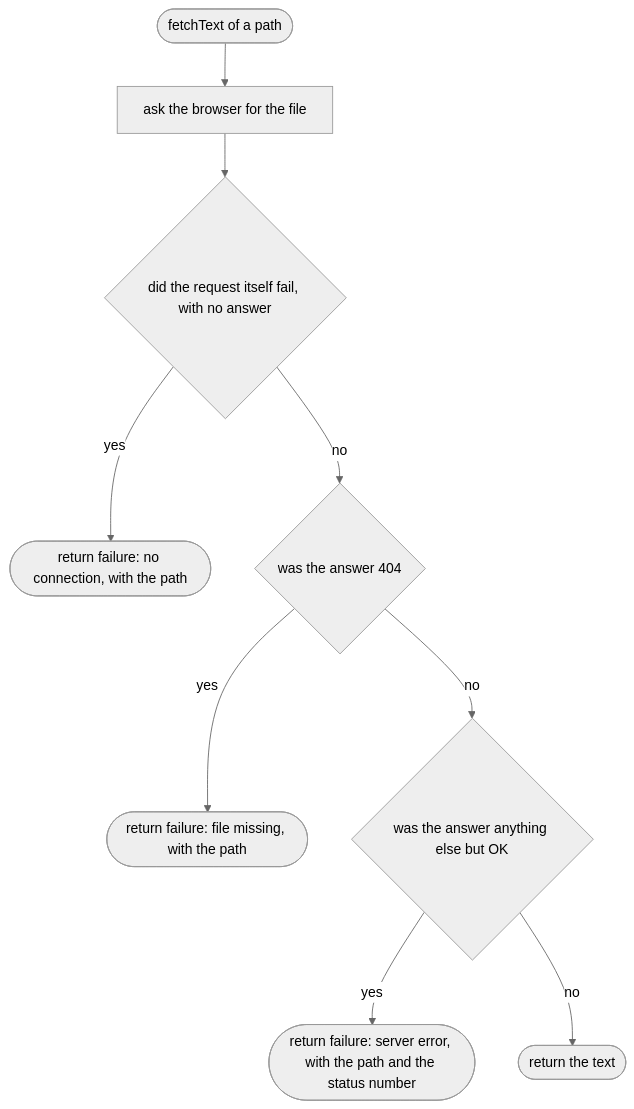
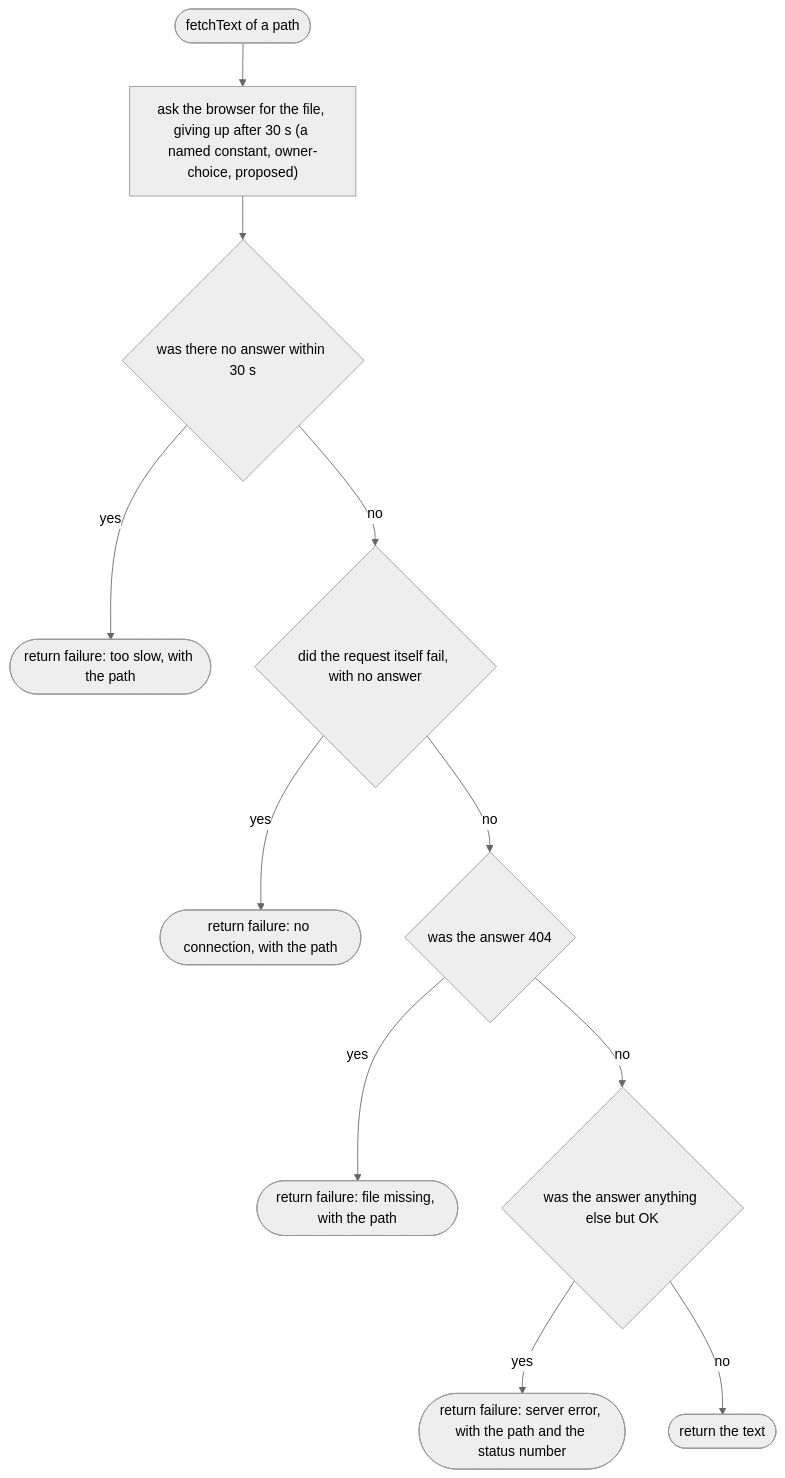
One commit to NewDara-Star/world-engine changed the first of 7 diagrams in docs/designs/src/game/load.md. Above: the diagram before and after it, drawn with Mermaid (neutral theme). The commit also changed other lines of this file and 41 other files, not shown here.

````diff
--- a/docs/designs/src/game/load.md
+++ b/docs/designs/src/game/load.md
@@ -20,19 +20,23 @@
 ```mermaid
 flowchart TD
   s(["fetchText of a path"])
-  a["ask the browser for the file"]
+  a["ask the browser for the file, giving up after 30 s (a named constant, owner-choice, proposed)"]
+  t{"was there no answer within 30 s"}
+  u(["return failure: too slow, with the path"])
   b{"did the request itself fail, with no answer"}
   c(["return failure: no connection, with the path"])
   d{"was the answer 404"}
   e(["return failure: file missing, with the path"])
   f{"was the answer anything else but OK"}
   g(["return failure: server error, with the path and the status number"])
   h(["return the text"])
-  s --> a --> b
+  s --> a --> t
+  t -->|"yes"| u
+  t -->|"no"| b
   b -->|"yes"| c
   b -->|"no"| d
   d -->|"yes"| e
   d -->|"no"| f
   f -->|"yes"| g
   f -->|"no"| h
 ```
````
